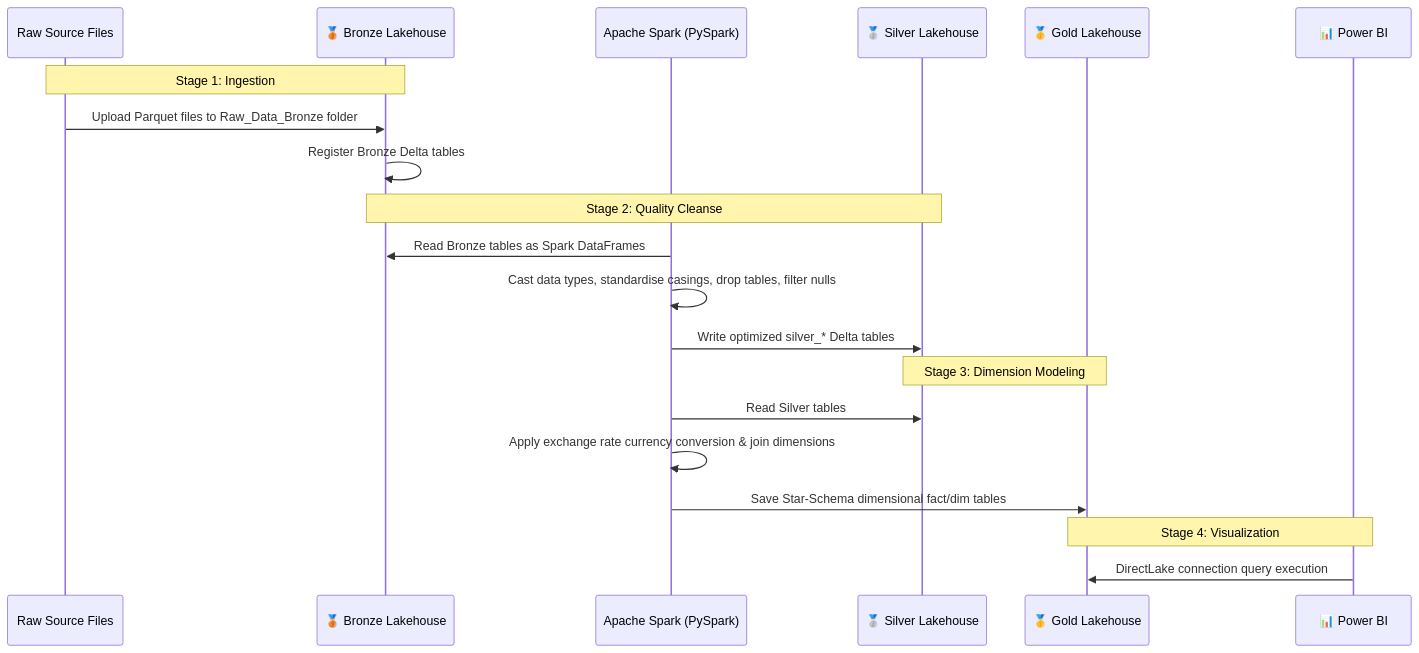
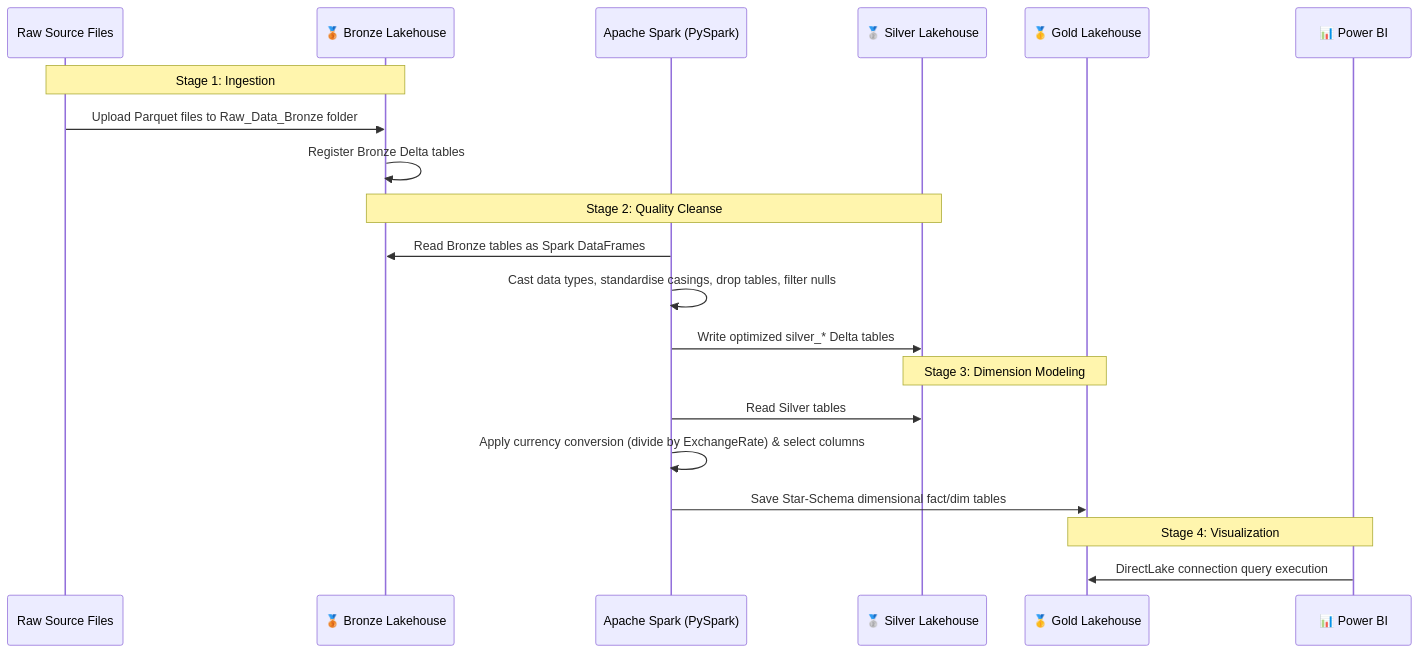
One commit to Arafat3-DA/retail-analytics-fabric-project changed the second of 2 diagrams in docs/architecture.md. Above: the diagram before and after it, drawn with Mermaid. The commit also changed other lines of this file and 3 other files, not shown here.

Commit message:
docs: initialize project documentation including data dictionary, transformation logic, and architectural overview

````diff
--- a/docs/architecture.md
+++ b/docs/architecture.md
@@ -101,26 +102,26 @@
 ```mermaid
 sequenceDiagram
     participant Raw as Raw Source Files
     participant Bronze as 🥉 Bronze Lakehouse
     participant Spark as Apache Spark (PySpark)
     participant Silver as 🥈 Silver Lakehouse
     participant Gold as 🥇 Gold Lakehouse
     participant PBI as 📊 Power BI
 
     Note over Raw, Bronze: Stage 1: Ingestion
     Raw->>Bronze: Upload Parquet files to Raw_Data_Bronze folder
     Bronze->>Bronze: Register Bronze Delta tables
 
     Note over Bronze, Silver: Stage 2: Quality Cleanse
     Spark->>Bronze: Read Bronze tables as Spark DataFrames
     Spark->>Spark: Cast data types, standardise casings, drop tables, filter nulls
     Spark->>Silver: Write optimized silver_* Delta tables
 
     Note over Silver, Gold: Stage 3: Dimension Modeling
     Spark->>Silver: Read Silver tables
-    Spark->>Spark: Apply exchange rate currency conversion & join dimensions
+    Spark->>Spark: Apply currency conversion (divide by ExchangeRate) & select columns
     Spark->>Gold: Save Star-Schema dimensional fact/dim tables
 
     Note over Gold, PBI: Stage 4: Visualization
     PBI->>Gold: DirectLake connection query execution
 ```
````
